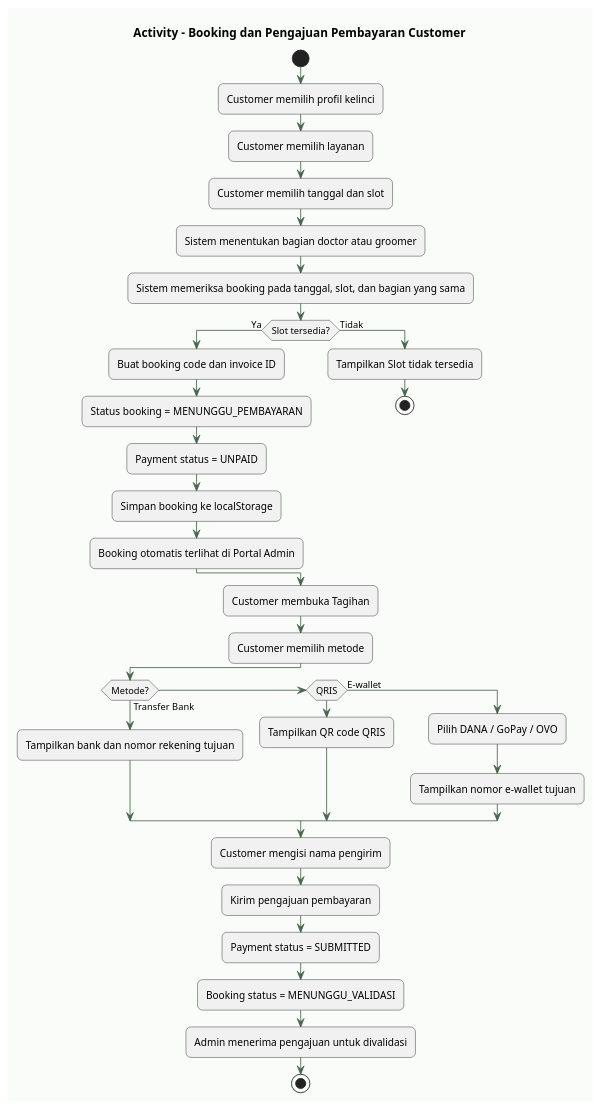
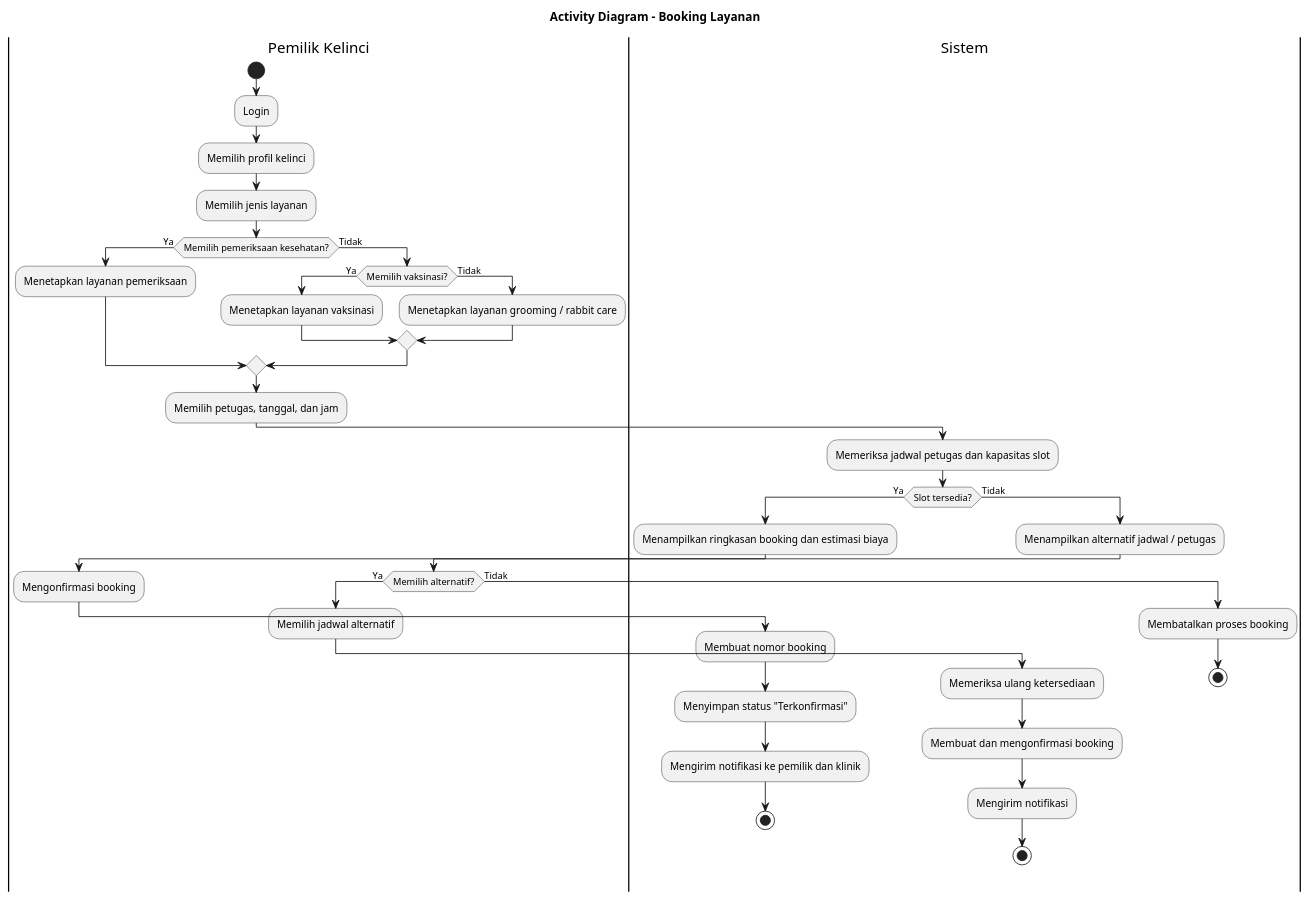
The diagram in diagrams/05_activity_booking_payment.puml (audyyagustin/rabbitcare-apsi), drawn with PlantUML before and after one commit.

```diff
--- a/diagrams/05_activity_booking_payment.puml
+++ b/diagrams/05_activity_booking_payment.puml
@@ -1,43 +1,49 @@
 @startuml
 skinparam shadowing false
-skinparam roundcorner 12
-skinparam defaultFontName Arial
-skinparam ArrowColor #48664C
-skinparam BorderColor #48664C
-skinparam BackgroundColor #FAFCFA
-skinparam NoteBackgroundColor #FFF7E8
-skinparam NoteBorderColor #D99A43
-title Activity - Booking dan Pengajuan Pembayaran Customer
+title Activity Diagram - Booking Layanan
+
+|Pemilik Kelinci|
 start
-:Customer memilih profil kelinci;
-:Customer memilih layanan;
-:Customer memilih tanggal dan slot;
-:Sistem menentukan bagian doctor atau groomer;
-:Sistem memeriksa booking pada tanggal, slot, dan bagian yang sama;
+:Login;
+:Memilih profil kelinci;
+:Memilih jenis layanan;
+
+if (Memilih pemeriksaan kesehatan?) then (Ya)
+  :Menetapkan layanan pemeriksaan;
+else (Tidak)
+  if (Memilih vaksinasi?) then (Ya)
+    :Menetapkan layanan vaksinasi;
+  else (Tidak)
+    :Menetapkan layanan grooming / rabbit care;
+  endif
+endif
+
+:Memilih petugas, tanggal, dan jam;
+
+|Sistem|
+:Memeriksa jadwal petugas dan kapasitas slot;
 if (Slot tersedia?) then (Ya)
-  :Buat booking code dan invoice ID;
-  :Status booking = MENUNGGU_PEMBAYARAN;
-  :Payment status = UNPAID;
-  :Simpan booking ke localStorage;
-  :Booking otomatis terlihat di Portal Admin;
+  :Menampilkan ringkasan booking dan estimasi biaya;
+  |Pemilik Kelinci|
+  :Mengonfirmasi booking;
+  |Sistem|
+  :Membuat nomor booking;
+  :Menyimpan status "Terkonfirmasi";
+  :Mengirim notifikasi ke pemilik dan klinik;
+  stop
 else (Tidak)
-  :Tampilkan Slot tidak tersedia;
-  stop
+  :Menampilkan alternatif jadwal / petugas;
+  |Pemilik Kelinci|
+  if (Memilih alternatif?) then (Ya)
+    :Memilih jadwal alternatif;
+    |Sistem|
+    :Memeriksa ulang ketersediaan;
+    :Membuat dan mengonfirmasi booking;
+    :Mengirim notifikasi;
+    stop
+  else (Tidak)
+    :Membatalkan proses booking;
+    stop
+  endif
 endif
-:Customer membuka Tagihan;
-:Customer memilih metode;
-if (Metode?) then (Transfer Bank)
-  :Tampilkan bank dan nomor rekening tujuan;
-elseif (QRIS)
-  :Tampilkan QR code QRIS;
-else (E-wallet)
-  :Pilih DANA / GoPay / OVO;
-  :Tampilkan nomor e-wallet tujuan;
-endif
-:Customer mengisi nama pengirim;
-:Kirim pengajuan pembayaran;
-:Payment status = SUBMITTED;
-:Booking status = MENUNGGU_VALIDASI;
-:Admin menerima pengajuan untuk divalidasi;
-stop
 @enduml
```
